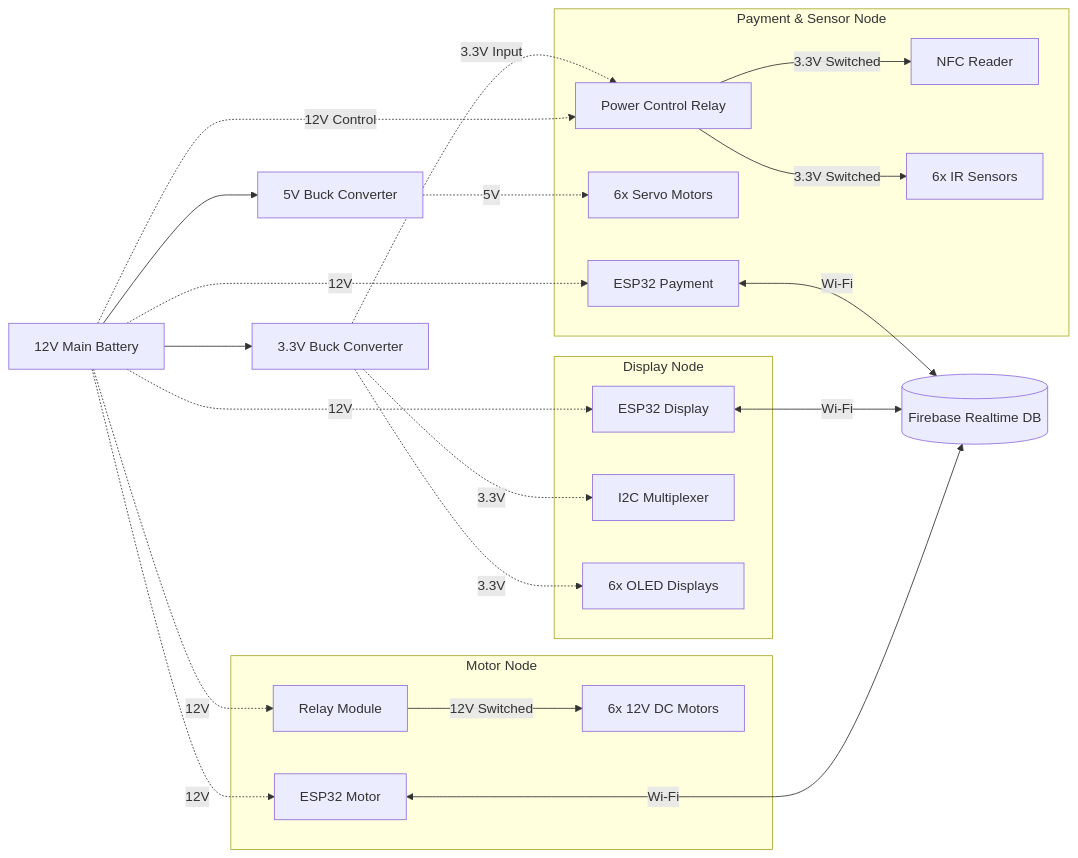
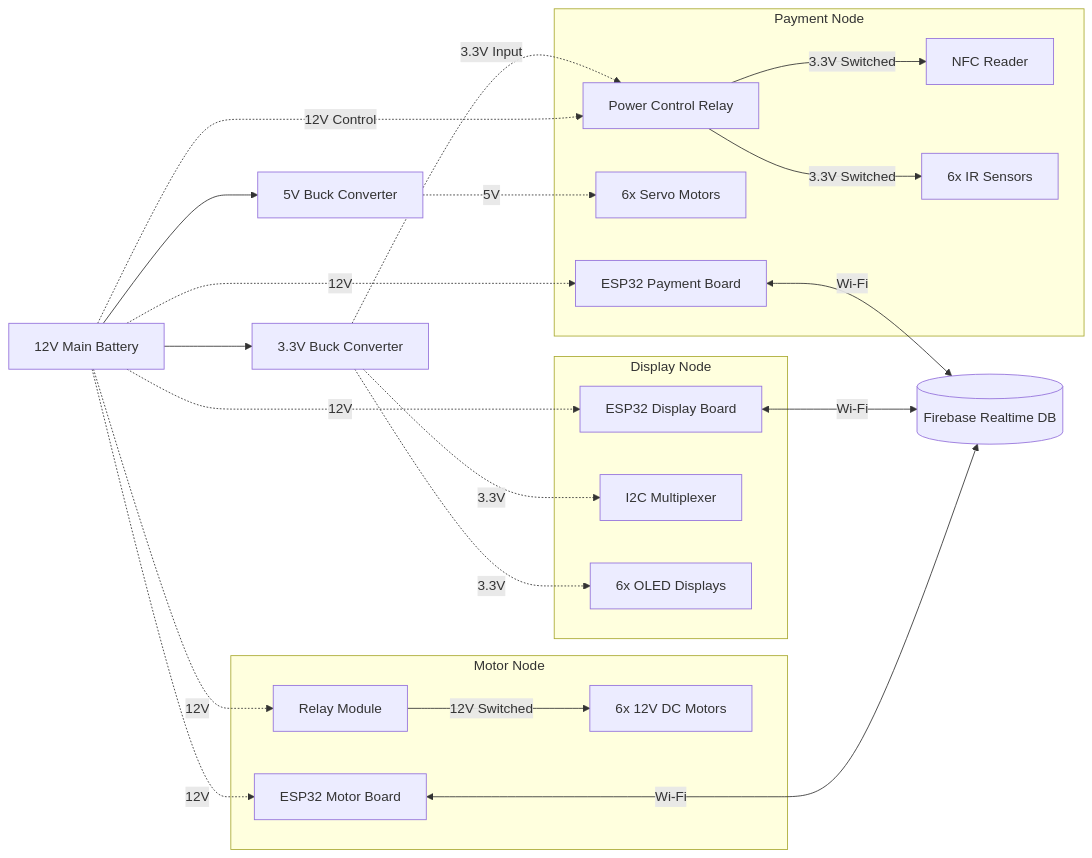
The diagram in README.md (pandolfodaniel11/Intelligent-Retail-Automation-Platform), drawn with Mermaid before and after one commit.

````diff
--- a/README.md
+++ b/README.md
@@ -78,64 +78,64 @@
 ```mermaid
 graph LR
     %% POWER SUPPLY (Left Side)
     BAT[12V Main Battery]
     B5[5V Buck Converter]
     B3[3.3V Buck Converter]
 
     BAT --> B5
     BAT --> B3
 
     %% CLOUD (Right Side)
     FB[(Firebase Realtime DB)]
 
     %% --------------------------------
     %% 1. MOTOR NODE (Uses only 12V)
     %% --------------------------------
     subgraph "Motor Node"
-        ESP2[ESP32 Motor]
+        ESP2[ESP32 Motor Board]
         RLY_M[Relay Module]
         M1[6x 12V DC Motors]
     end
 
     BAT -.->|12V| ESP2
     BAT -.->|12V| RLY_M
     RLY_M -->|12V Switched| M1
     
     ESP2 <-->|Wi-Fi| FB
 
     %% --------------------------------
     %% 2. PAYMENT NODE (Uses 12V, 5V, 3.3V)
     %% --------------------------------
-    subgraph "Payment & Sensor Node"
-        ESP3[ESP32 Payment]
+    subgraph "Payment Node"
+        ESP3[ESP32 Payment Board]
         SRV[6x Servo Motors]
         RLY_P[Power Control Relay]
         NFC[NFC Reader]
         IR[6x IR Sensors]
     end
 
     BAT -.->|12V| ESP3
     B5 -.->|5V| SRV
     
     BAT -.->|12V Control| RLY_P
     B3 -.->|3.3V Input| RLY_P
     RLY_P -->|3.3V Switched| NFC
     RLY_P -->|3.3V Switched| IR
     
     ESP3 <-->|Wi-Fi| FB
 
     %% --------------------------------
     %% 3. DISPLAY NODE (Uses 12V, 3.3V)
     %% --------------------------------
     subgraph "Display Node"
-        ESP1[ESP32 Display]
+        ESP1[ESP32 Display Board]
         MUX[I2C Multiplexer]
         OLED[6x OLED Displays]
     end
 
     BAT -.->|12V| ESP1
     B3 -.->|3.3V| MUX
     B3 -.->|3.3V| OLED
 
     ESP1 <-->|Wi-Fi| FB
 ```
````
